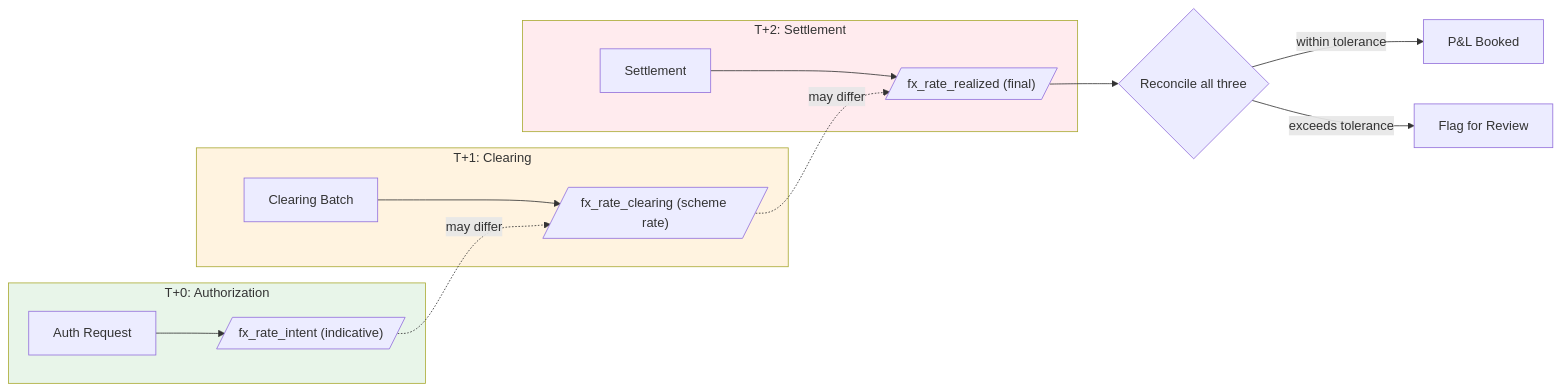
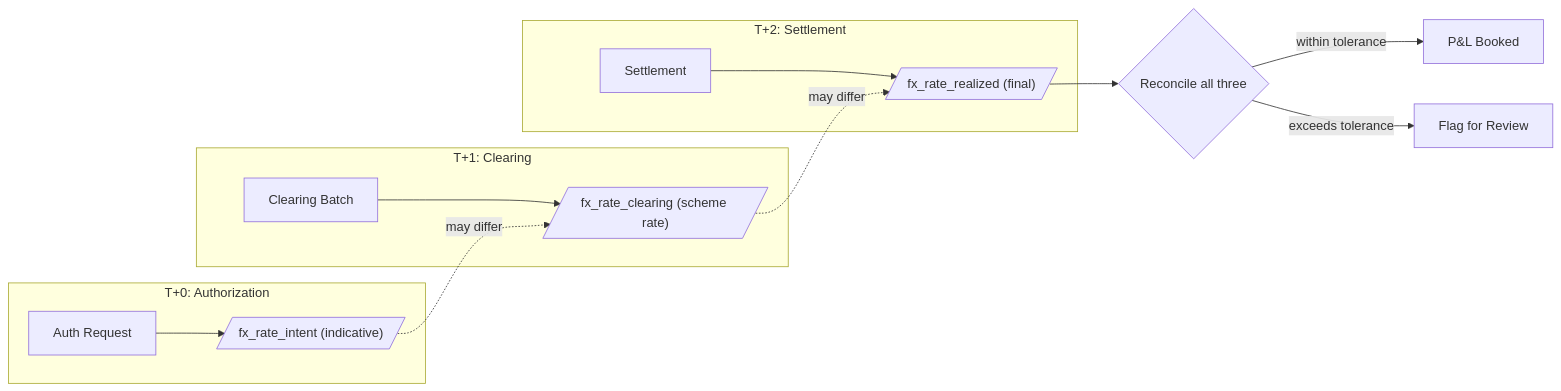
Before and after one commit to udaytamma/Cyrus: the fifth of 9 diagrams in gemini-responses/payments-at-visa.md, drawn with Mermaid. The commit also changed other lines of this file and 8 other files, not shown here.

````diff
--- a/gemini-responses/payments-at-visa.md
+++ b/gemini-responses/payments-at-visa.md
@@ -403,31 +371,27 @@
 ```mermaid
 flowchart LR
     subgraph T0["T+0: Authorization"]
         AUTH[Auth Request]
         FX1[/"fx_rate_intent (indicative)"/]
         AUTH --> FX1
     end
 
     subgraph T1["T+1: Clearing"]
         CLEAR[Clearing Batch]
         FX2[/"fx_rate_clearing (scheme rate)"/]
         CLEAR --> FX2
     end
 
     subgraph T2["T+2: Settlement"]
         SETTLE[Settlement]
         FX3[/"fx_rate_realized (final)"/]
         SETTLE --> FX3
     end
 
     FX1 -.->|"may differ"| FX2
     FX2 -.->|"may differ"| FX3
 
     FX3 --> RECON{Reconcile all three}
     RECON -->|within tolerance| OK[P&L Booked]
     RECON -->|exceeds tolerance| FLAG[Flag for Review]
-
-    style T0 fill:#e8f5e9
-    style T1 fill:#fff3e0
-    style T2 fill:#ffebee
 ```
````
